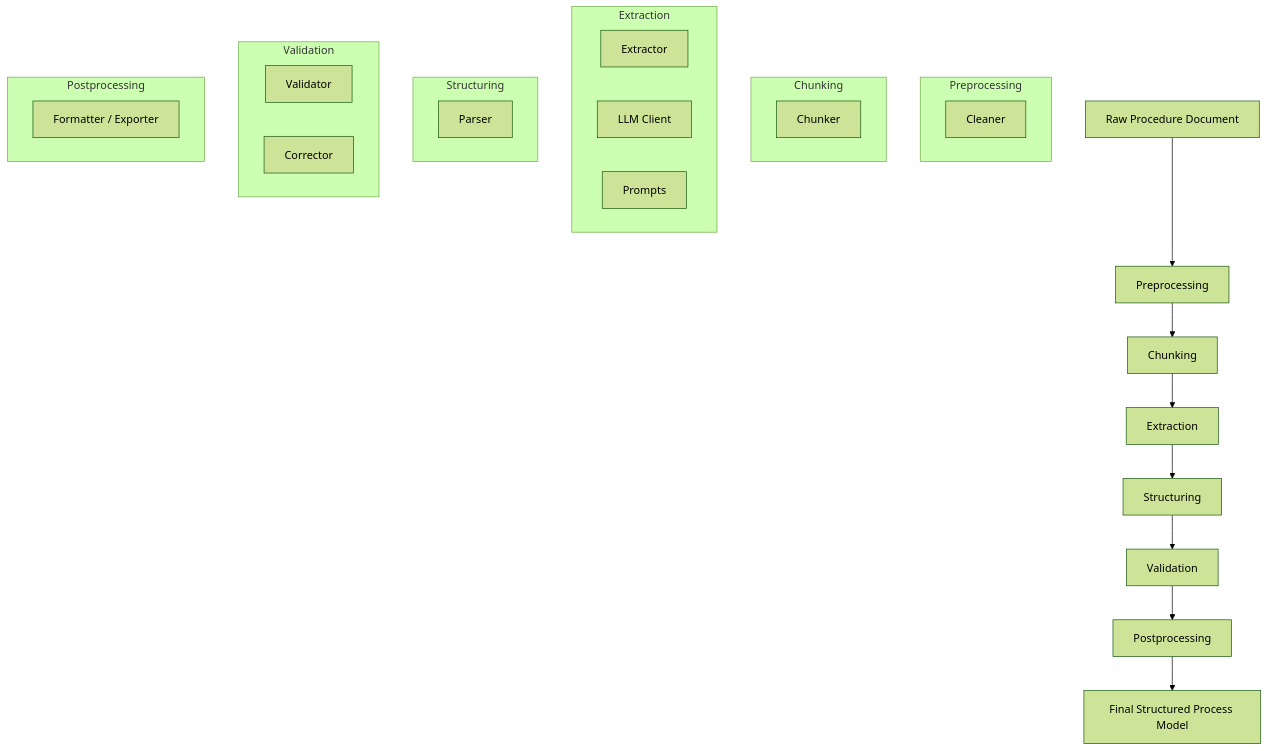
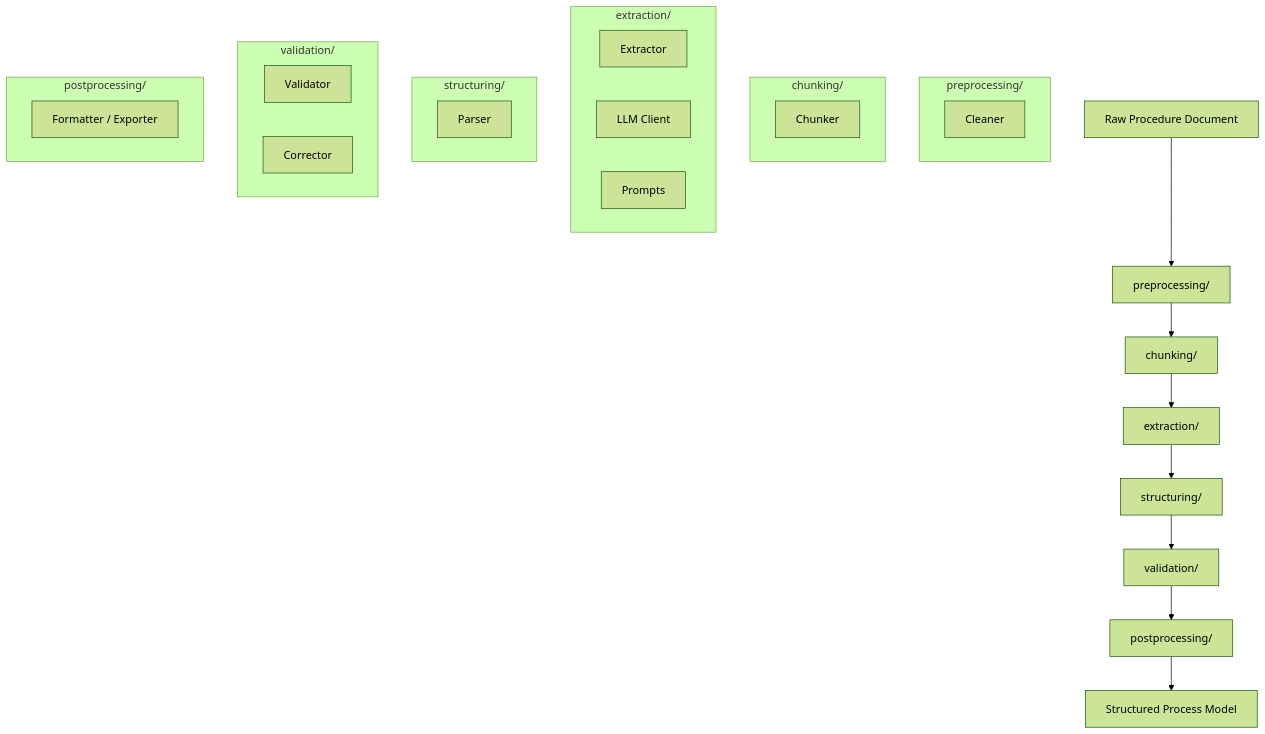
One commit to dtminnick/FlowIQ changed the diagram in README.md. Above: the diagram before and after it, drawn with Mermaid (forest theme).

Commit message:
Readme updates

````diff
--- a/README.md
+++ b/README.md
@@ -5,37 +5,43 @@
 ```mermaid
 flowchart TD
-    A[Raw Procedure Document] --> B[Preprocessing]
-    B --> C[Chunking]
-    C --> D[Extraction]
-    D --> E[Structuring]
-    E --> F[Validation]
-    F --> G[Postprocessing]
-    G --> H[Final Structured Process Model]
+    A[Raw Procedure Document] --> B[preprocessing/]
+    B --> C[chunking/]
+    C --> D[extraction/]
+    D --> E[structuring/]
+    E --> F[validation/]
+    F --> G[postprocessing/]
+    G --> H[Structured Process Model]
 
-    subgraph Preprocessing
+    %% Proprocessing
+    subgraph preprocessing/
         B1[Cleaner]
     end
 
-    subgraph Chunking
+    %% Chunking
+    subgraph chunking/
         C1[Chunker]
     end
 
-    subgraph Extraction
+    %% Extraction
+    subgraph extraction/
         D1[Extractor]
         D2[LLM Client]
         D3[Prompts]
     end
 
-    subgraph Structuring
+    %% Structuring
+    subgraph structuring/
         E1[Parser]
     end
 
-    subgraph Validation
+    %% Validation
+    subgraph validation/
         F1[Validator]
         F2[Corrector]
     end
 
-    subgraph Postprocessing
+    %% Postprocessing
+    subgraph postprocessing/
         G1[Formatter / Exporter]
     end
 ```
````
